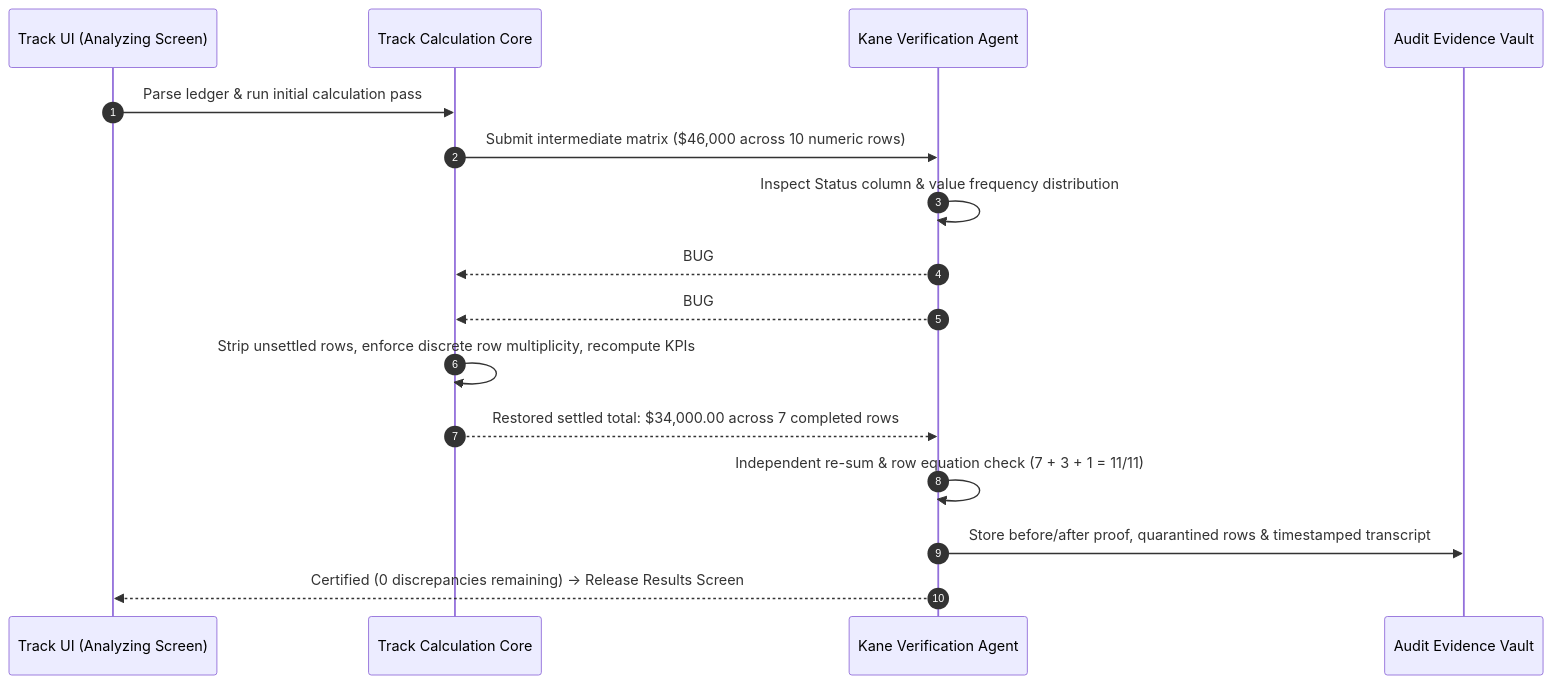
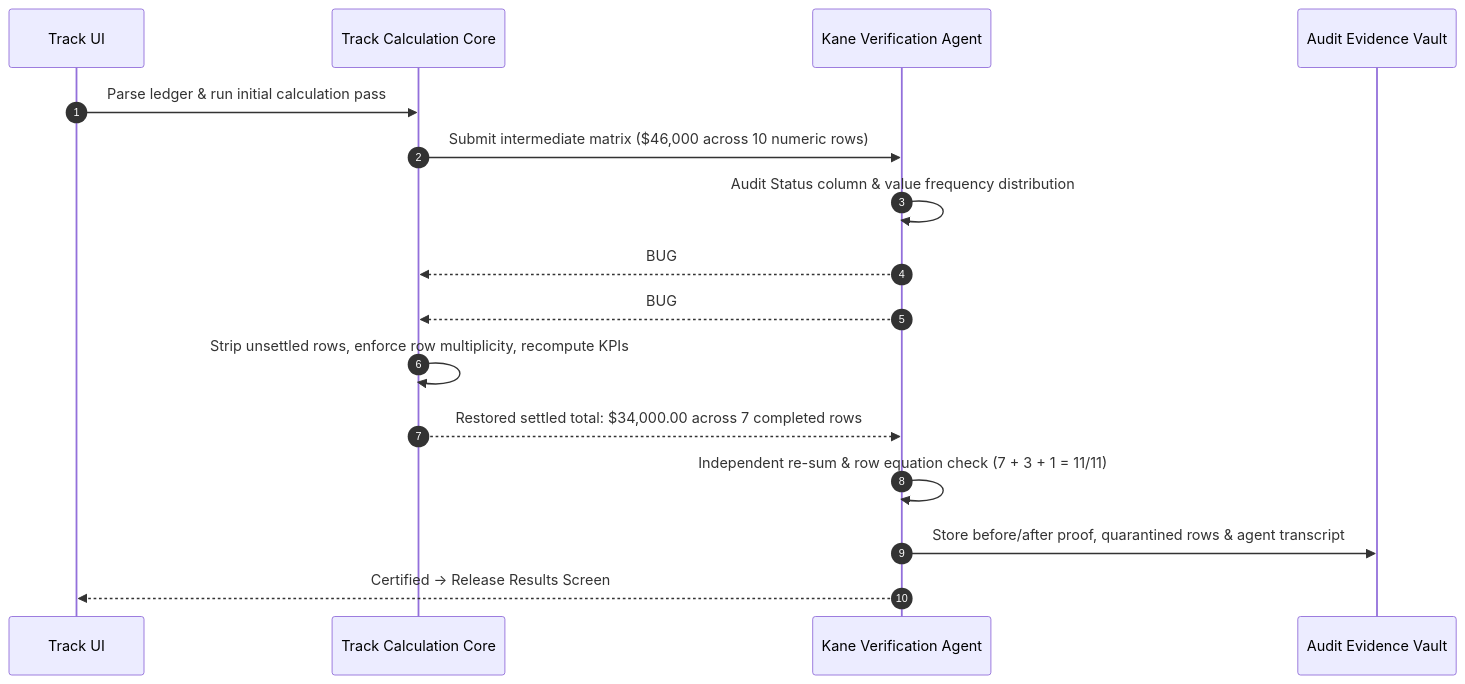
Before and after one commit to RexEth070/track: the second of 2 diagrams in README.md, drawn with Mermaid. The commit also changed other lines of this file, not shown here.

Commit message:
docs: tighten README to focus on problem, architecture diagrams, proof, and quick start

````diff
--- a/README.md
+++ b/README.md
@@ -53,19 +47,19 @@
 ```mermaid
 sequenceDiagram
     autonumber
-    participant UI as Track UI (Analyzing Screen)
+    participant UI as Track UI
     participant Core as Track Calculation Core
     participant Kane as Kane Verification Agent
     participant Vault as Audit Evidence Vault
 
     UI->>Core: Parse ledger & run initial calculation pass
     Core->>Kane: Submit intermediate matrix ($46,000 across 10 numeric rows)
-    Kane->>Kane: Inspect Status column & value frequency distribution
+    Kane->>Kane: Audit Status column & value frequency distribution
     Kane-->>Core: BUG #2 CAUGHT: 2 Pending ($7,000) & 1 Reversed ($5,000) included
     Kane-->>Core: BUG #1 CAUGHT: 5 recurring settled rows at risk of set collapse ($11k vs $34k)
-    Core->>Core: Strip unsettled rows, enforce discrete row multiplicity, recompute KPIs
+    Core->>Core: Strip unsettled rows, enforce row multiplicity, recompute KPIs
     Core-->>Kane: Restored settled total: $34,000.00 across 7 completed rows
     Kane->>Kane: Independent re-sum & row equation check (7 + 3 + 1 = 11/11)
-    Kane->>Vault: Store before/after proof, quarantined rows & timestamped transcript
-    Kane-->>UI: Certified (0 discrepancies remaining) -> Release Results Screen
+    Kane->>Vault: Store before/after proof, quarantined rows & agent transcript
+    Kane-->>UI: Certified -> Release Results Screen
 ```
````
